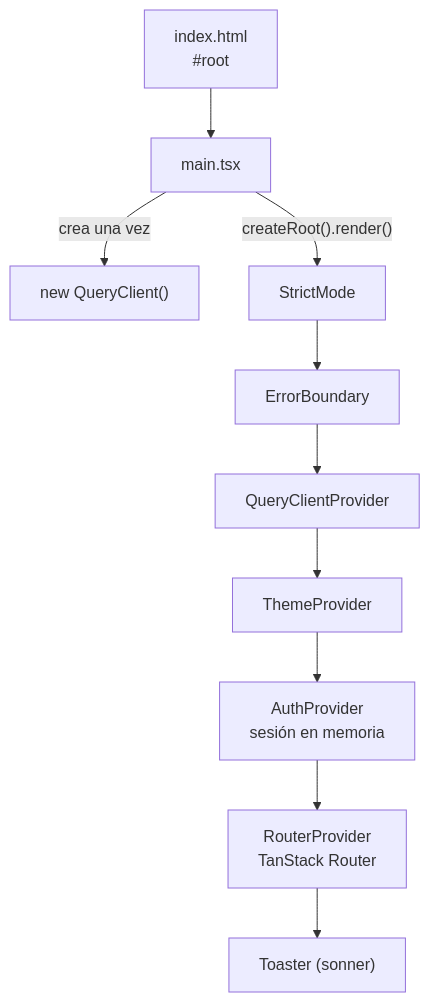
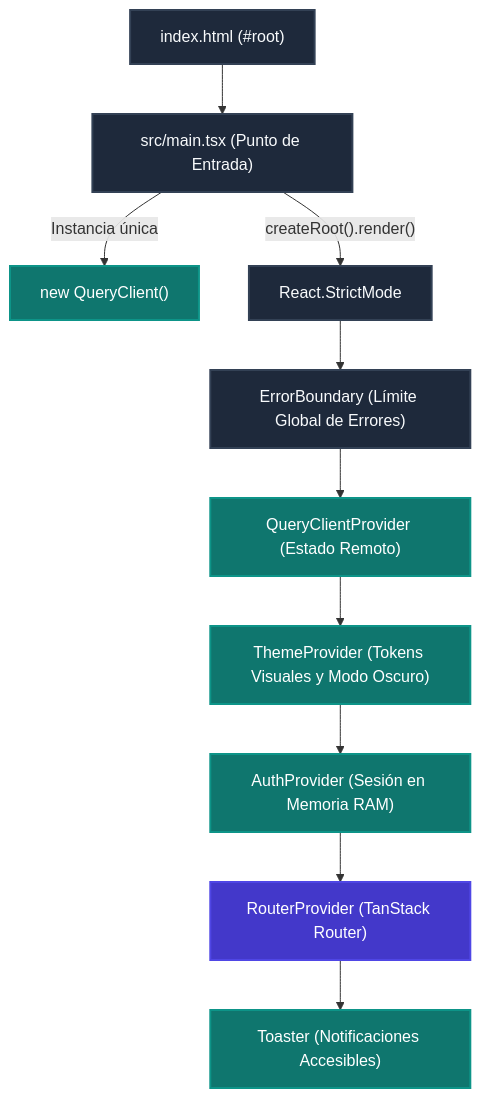
One commit to D-MachadoDev/Zentric changed the first of 3 diagrams in frontendSDD/C4-4-Codigo-React.md. Above: the diagram before and after it, drawn with Mermaid. The commit also changed other lines of this file, not shown here.

Commit message:
docs(frontendSDD): elevate C4 Level 4 React Code architecture

````diff
--- a/frontendSDD/C4-4-Codigo-React.md
+++ b/frontendSDD/C4-4-Codigo-React.md
@@ -28,12 +23,20 @@
 ```mermaid
 flowchart TD
-  html["index.html<br/>#root"] --> entry["main.tsx"]
-  entry -->|"crea una vez"| qc["new QueryClient()"]
-  entry -->|"createRoot().render()"| strict["StrictMode"]
-  strict --> boundary["ErrorBoundary"]
-  boundary --> qcp["QueryClientProvider"]
-  qcp --> theme["ThemeProvider"]
-  theme --> auth["AuthProvider<br/>sesión en memoria"]
-  auth --> rp["RouterProvider<br/>TanStack Router"]
-  rp --> toaster["Toaster (sonner)"]
+  html["index.html (#root)"] --> entry["src/main.tsx (Punto de Entrada)"]
+  entry -->|"Instancia única"| qc["new QueryClient()"]
+  entry -->|"createRoot().render()"| strict["React.StrictMode"]
+  strict --> boundary["ErrorBoundary (Límite Global de Errores)"]
+  boundary --> qcp["QueryClientProvider (Estado Remoto)"]
+  qcp --> theme["ThemeProvider (Tokens Visuales y Modo Oscuro)"]
+  theme --> auth["AuthProvider (Sesión en Memoria RAM)"]
+  auth --> router["RouterProvider (TanStack Router)"]
+  router --> toaster["Toaster (Notificaciones Accesibles)"]
+
+  classDef core fill:#1e293b,stroke:#334155,stroke-width:2px,color:#f8fafc;
+  classDef prov fill:#0f766e,stroke:#0d9488,stroke-width:2px,color:#ffffff;
+  classDef route fill:#4338ca,stroke:#4f46e5,stroke-width:2px,color:#ffffff;
+
+  class html,entry,strict,boundary core;
+  class qc,qcp,theme,auth,toaster prov;
+  class router route;
 ```
````
